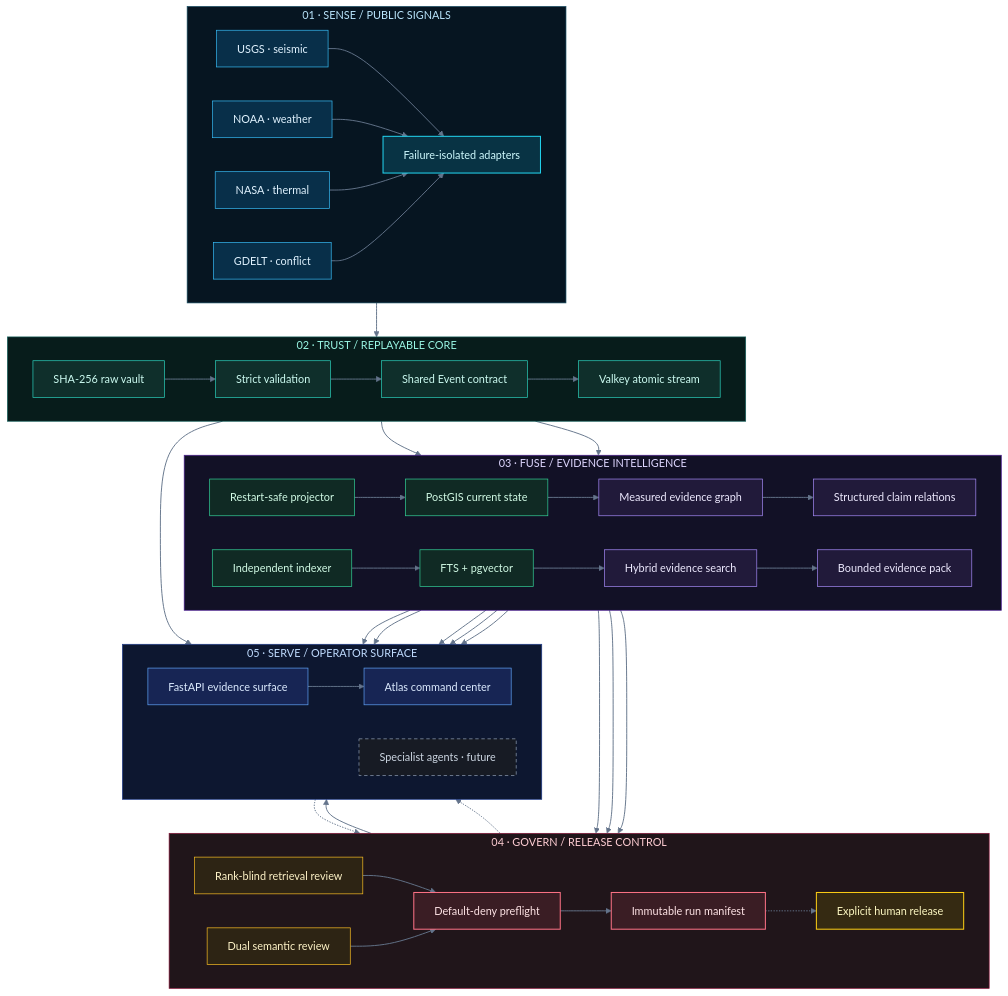
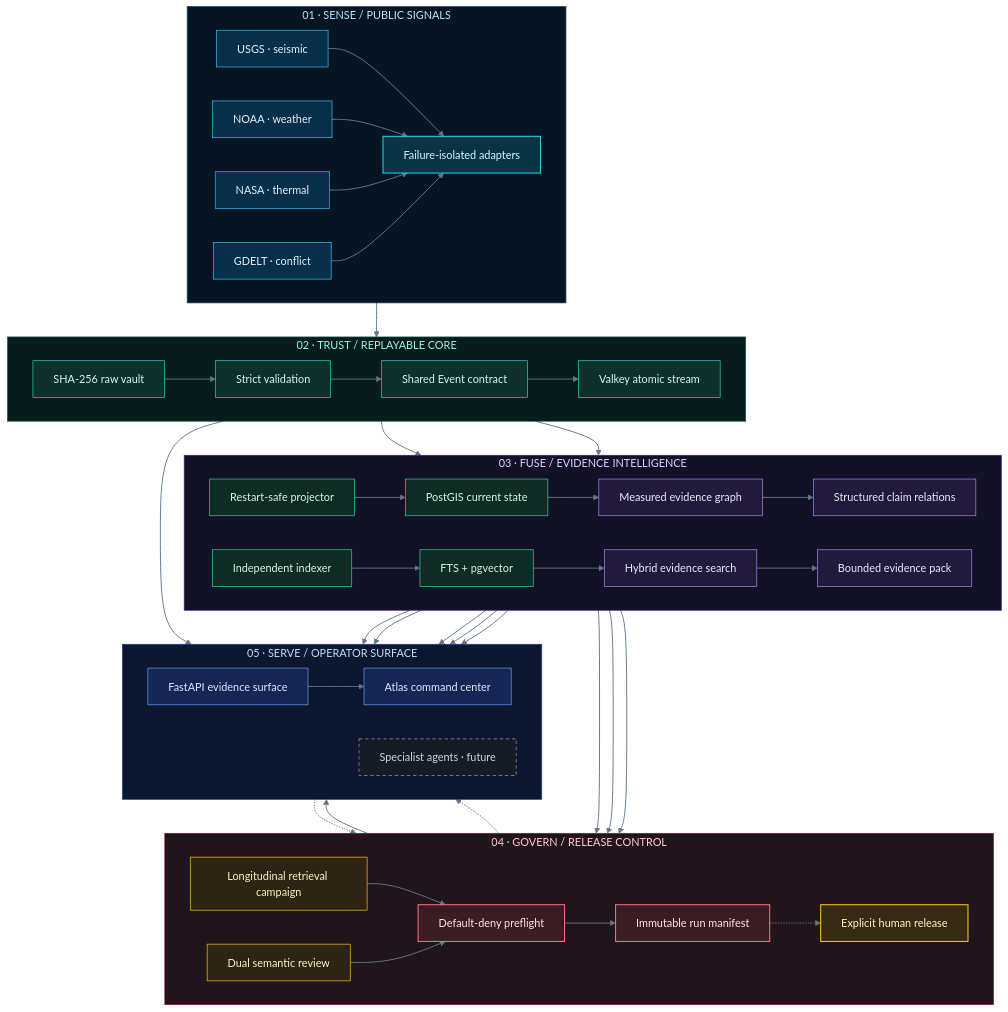
The diagram in README.md (Thivas12/atlas-pulse), drawn with Mermaid (base theme) before and after one commit. The commit also changed other lines of this file and 9 other files, not shown here.

First line of the commit message:
feat: add longitudinal retrieval campaigns (#28)

````diff
--- a/README.md
+++ b/README.md
@@ -67,81 +70,81 @@
 ```mermaid
 flowchart TD
     subgraph SENSE["01 · SENSE / PUBLIC SIGNALS"]
         direction LR
         USGS["USGS · seismic"]:::source
         NWS["NOAA · weather"]:::source
         FIRMS["NASA · thermal"]:::source
         GDELT["GDELT · conflict"]:::source
         ADAPTERS["Failure-isolated adapters"]:::ingest
         USGS --> ADAPTERS
         NWS --> ADAPTERS
         FIRMS --> ADAPTERS
         GDELT --> ADAPTERS
     end
 
     subgraph TRUST["02 · TRUST / REPLAYABLE CORE"]
         direction LR
         RAW["SHA-256 raw vault"]:::trust --> VALIDATE["Strict validation"]:::trust
         VALIDATE --> EVENT["Shared Event contract"]:::trust
         EVENT --> STREAM["Valkey atomic stream"]:::trust
     end
 
     subgraph INTEL["03 · FUSE / EVIDENCE INTELLIGENCE"]
         direction LR
         PROJECTOR["Restart-safe projector"]:::state --> POSTGIS["PostGIS current state"]:::state
         POSTGIS --> GRAPH["Measured evidence graph"]:::intel
         GRAPH --> CLAIMS["Structured claim relations"]:::intel
         INDEXER["Independent indexer"]:::state --> SEARCHDB["FTS + pgvector"]:::state
         SEARCHDB --> SEARCH["Hybrid evidence search"]:::intel
         SEARCH --> PACK["Bounded evidence pack"]:::intel
     end
 
     subgraph GOVERN["04 · GOVERN / RELEASE CONTROL"]
         direction LR
-        RETRIEVAL_REVIEW["Rank-blind retrieval review"]:::review
+        RETRIEVAL_REVIEW["Longitudinal retrieval campaign"]:::review
         RELATION_REVIEW["Dual semantic review"]:::review
         PREFLIGHT["Default-deny preflight"]:::gate
         MANIFEST["Immutable run manifest"]:::gate
         HUMAN["Explicit human release"]:::human
     end
 
     subgraph SERVE["05 · SERVE / OPERATOR SURFACE"]
         direction LR
         API["FastAPI evidence surface"]:::surface --> WEB["Atlas command center"]:::surface
         AGENTS["Specialist agents · future"]:::future
     end
 
     ADAPTERS --> RAW
     STREAM --> PROJECTOR
     STREAM --> INDEXER
     SEARCH --> RETRIEVAL_REVIEW --> PREFLIGHT
     CLAIMS --> RELATION_REVIEW --> PREFLIGHT
     PACK --> PREFLIGHT --> MANIFEST
     STREAM --> API
     POSTGIS --> API
     GRAPH --> API
     CLAIMS --> API
     SEARCH --> API
     PACK --> API
     MANIFEST --> API
     MANIFEST -.-> HUMAN
     WEB -.-> HUMAN
     HUMAN -.-> AGENTS
 
     classDef source fill:#082f49,stroke:#38bdf8,color:#e0f2fe,stroke-width:1px
     classDef ingest fill:#083344,stroke:#22d3ee,color:#cffafe,stroke-width:1.5px
     classDef trust fill:#0f2f2b,stroke:#2dd4bf,color:#ccfbf1,stroke-width:1px
     classDef state fill:#102a24,stroke:#34d399,color:#d1fae5,stroke-width:1px
     classDef intel fill:#211a3a,stroke:#a78bfa,color:#ede9fe,stroke-width:1px
     classDef review fill:#2d2414,stroke:#fbbf24,color:#fef3c7,stroke-width:1px
     classDef gate fill:#3a1d24,stroke:#fb7185,color:#ffe4e6,stroke-width:1.5px
     classDef human fill:#352a12,stroke:#facc15,color:#fef9c3,stroke-width:1.5px
     classDef surface fill:#172554,stroke:#60a5fa,color:#dbeafe,stroke-width:1px
     classDef future fill:#171b24,stroke:#94a3b8,color:#cbd5e1,stroke-width:1px,stroke-dasharray:5 4
     style SENSE fill:#061521,stroke:#164e63,color:#bae6fd
     style TRUST fill:#071c1b,stroke:#115e59,color:#99f6e4
     style INTEL fill:#121126,stroke:#4c1d95,color:#ddd6fe
     style GOVERN fill:#20151a,stroke:#881337,color:#fecdd3
     style SERVE fill:#0d1730,stroke:#1e3a8a,color:#bfdbfe
     linkStyle default stroke:#64748b,stroke-width:1.4px
 ```
````
